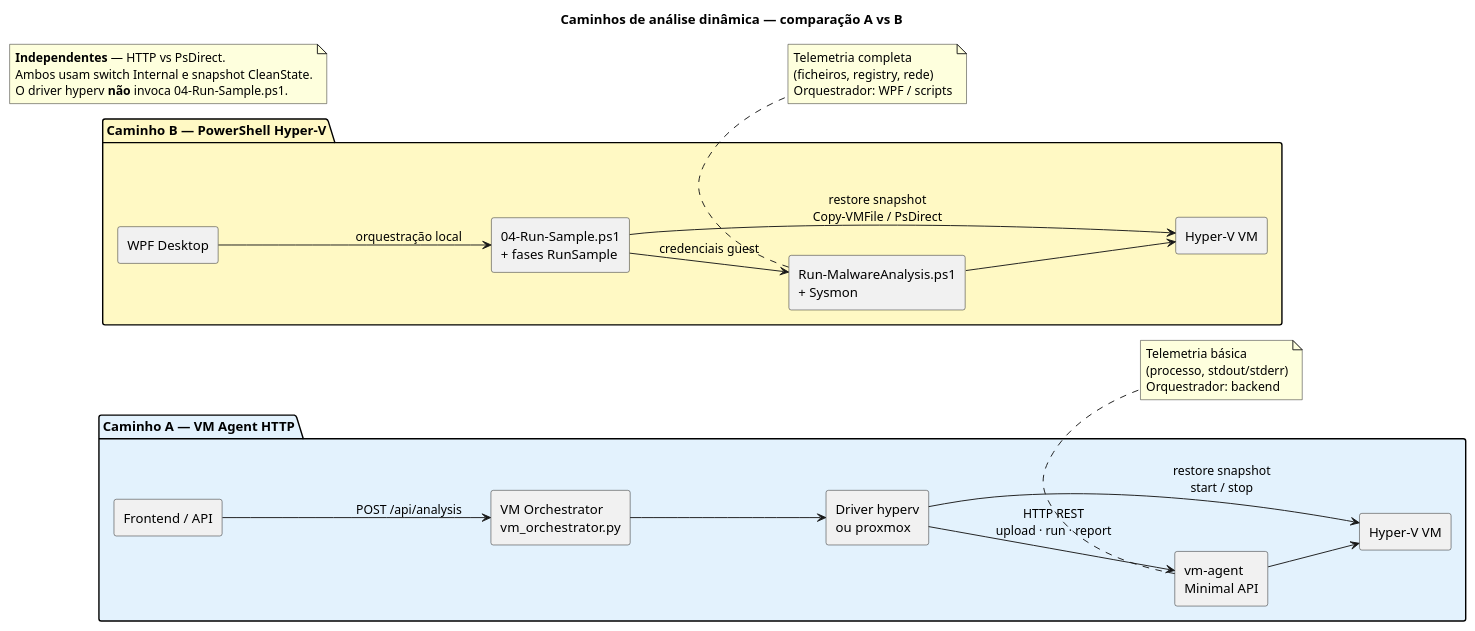
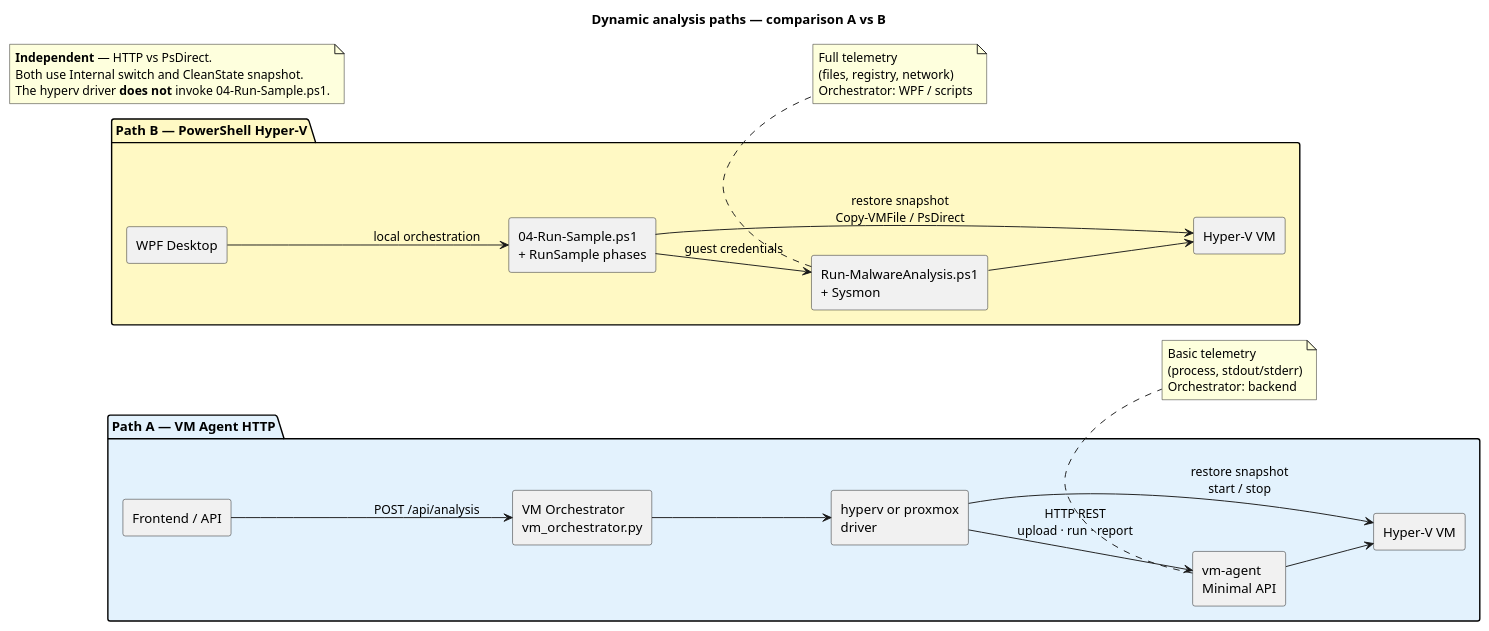
One commit to tlxp/PROJETO changed the diagram in docs/diagrams/sandbox-paths-comparison.puml. Above: the diagram before and after it, drawn with PlantUML. The commit also changed other lines of this file and 43 other files, not shown here.

```diff
--- a/docs/diagrams/sandbox-paths-comparison.puml
+++ b/docs/diagrams/sandbox-paths-comparison.puml
@@ -2,54 +2,54 @@
 @startuml
-title Caminhos de análise dinâmica — comparação A vs B
+title Dynamic analysis paths — comparison A vs B
 skinparam shadowing false
 skinparam componentStyle rectangle
 
 left to right direction
 
-package "Caminho A — VM Agent HTTP" #E3F2FD {
+package "Path A — VM Agent HTTP" #E3F2FD {
   [Frontend / API] as A_FE
   [VM Orchestrator\nvm_orchestrator.py] as A_VMO
-  [Driver hyperv\nou proxmox] as A_DRV
+  [hyperv or proxmox\ndriver] as A_DRV
   [Hyper-V VM] as A_VM
   [vm-agent\nMinimal API] as A_AGENT
 }
 
-package "Caminho B — PowerShell Hyper-V" #FFF9C4 {
+package "Path B — PowerShell Hyper-V" #FFF9C4 {
   [WPF Desktop] as B_WPF
-  [04-Run-Sample.ps1\n+ fases RunSample] as B_PS
+  [04-Run-Sample.ps1\n+ RunSample phases] as B_PS
   [Hyper-V VM] as B_VM
   [Run-MalwareAnalysis.ps1\n+ Sysmon] as B_GUEST
 }
 
-' *Caminho A: orquestrador no backend via HTTP*
+' *Path A: backend orchestrator via HTTP*
 A_FE --> A_VMO : POST /api/analysis
 A_VMO --> A_DRV
 A_DRV --> A_VM : restore snapshot\nstart / stop
 A_DRV --> A_AGENT : HTTP REST\nupload · run · report
 A_AGENT --> A_VM
 
-' *Caminho B: orquestração local WPF + PsDirect*
-B_WPF --> B_PS : orquestração local
+' *Path B: local WPF orchestration + PsDirect*
+B_WPF --> B_PS : local orchestration
 B_PS --> B_VM : restore snapshot\nCopy-VMFile / PsDirect
-B_PS --> B_GUEST : credenciais guest
+B_PS --> B_GUEST : guest credentials
 B_GUEST --> B_VM
 
 note bottom of A_AGENT
-  Telemetria básica
-  (processo, stdout/stderr)
-  Orquestrador: backend
+  Basic telemetry
+  (process, stdout/stderr)
+  Orchestrator: backend
 end note
 
 note bottom of B_GUEST
-  Telemetria completa
-  (ficheiros, registry, rede)
-  Orquestrador: WPF / scripts
+  Full telemetry
+  (files, registry, network)
+  Orchestrator: WPF / scripts
 end note
 
 note as N1
-  **Independentes** — HTTP vs PsDirect.
-  Ambos usam switch Internal e snapshot CleanState.
-  O driver hyperv **não** invoca 04-Run-Sample.ps1.
+  **Independent** — HTTP vs PsDirect.
+  Both use Internal switch and CleanState snapshot.
+  The hyperv driver **does not** invoke 04-Run-Sample.ps1.
 end note
 
 @enduml
```
